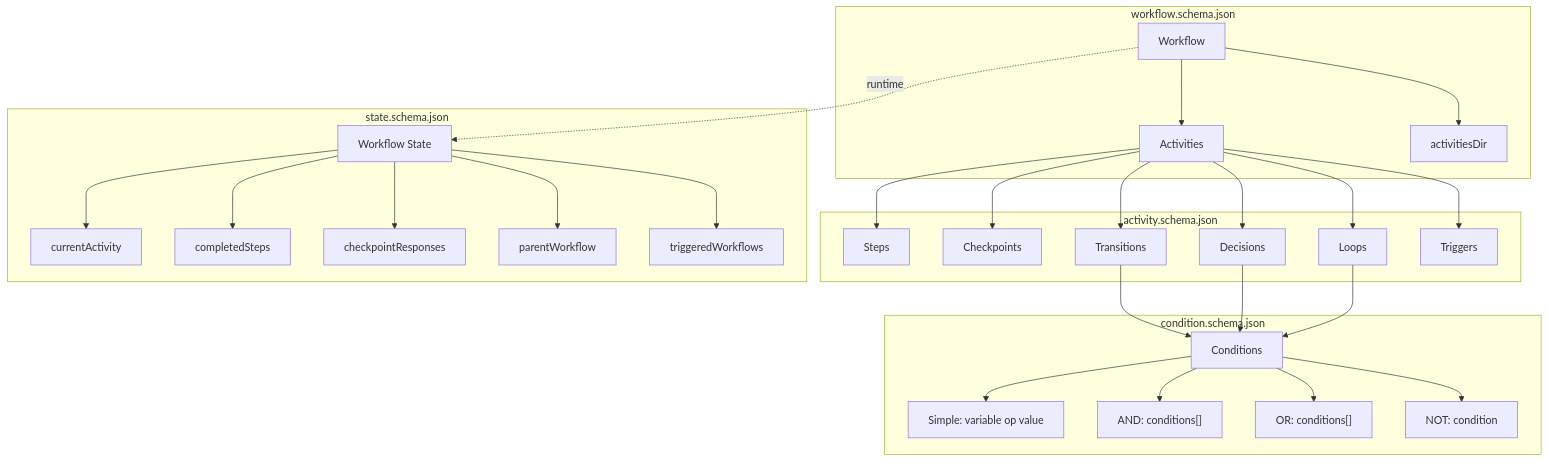
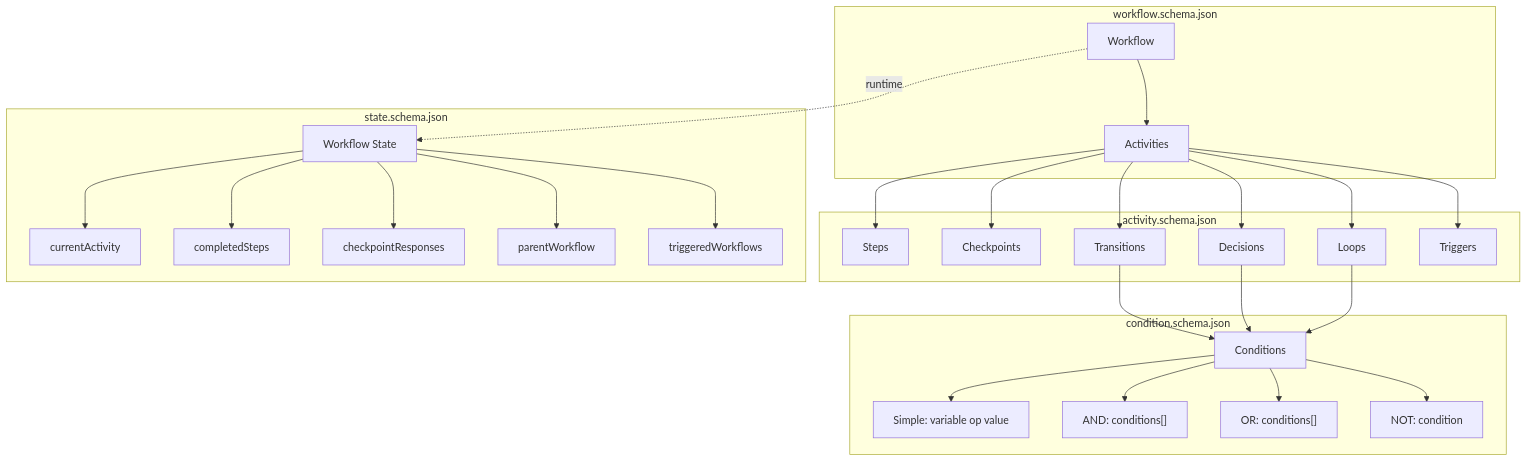
Before and after one commit to m2ux/workflow-server: the second of 3 diagrams in schemas/README.md, drawn with Mermaid.

````diff
--- a/schemas/README.md
+++ b/schemas/README.md
@@ -66,35 +66,34 @@
 ```mermaid
 flowchart TB
     subgraph Workflow["workflow.schema.json"]
         W[Workflow] --> A[Activities]
-        W --> AD[activitiesDir]
     end
     
     subgraph Activity["activity.schema.json"]
         A --> S[Steps]
         A --> C[Checkpoints]
         A --> D[Decisions]
         A --> L[Loops]
         A --> T[Transitions]
         A --> TR[Triggers]
     end
     
     subgraph Condition["condition.schema.json"]
         T --> COND[Conditions]
         D --> COND
         L --> COND
         COND --> Simple["Simple: variable op value"]
         COND --> And["AND: conditions[]"]
         COND --> Or["OR: conditions[]"]
         COND --> Not["NOT: condition"]
     end
     
     subgraph State["state.schema.json"]
         W -.->|"runtime"| ST[Workflow State]
         ST --> CA[currentActivity]
         ST --> CS[completedSteps]
         ST --> CR[checkpointResponses]
         ST --> PW[parentWorkflow]
         ST --> TW[triggeredWorkflows]
     end
 ```
````
